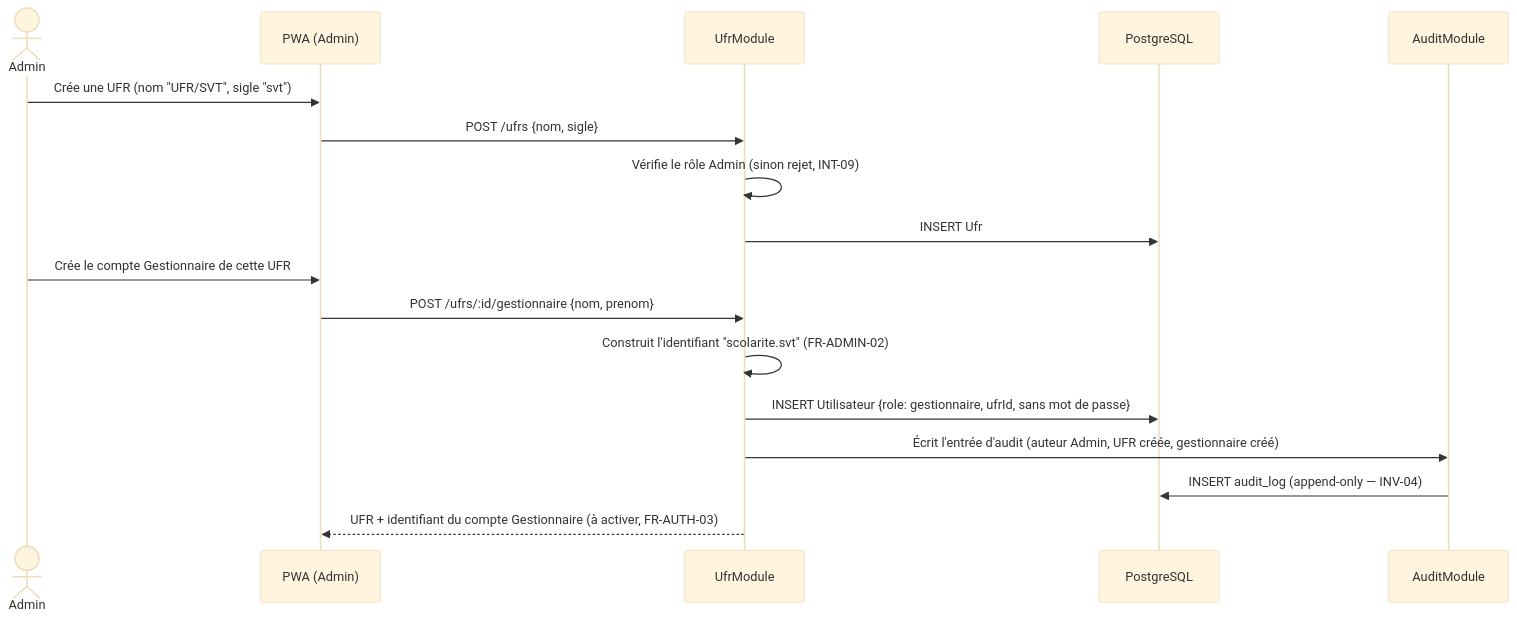
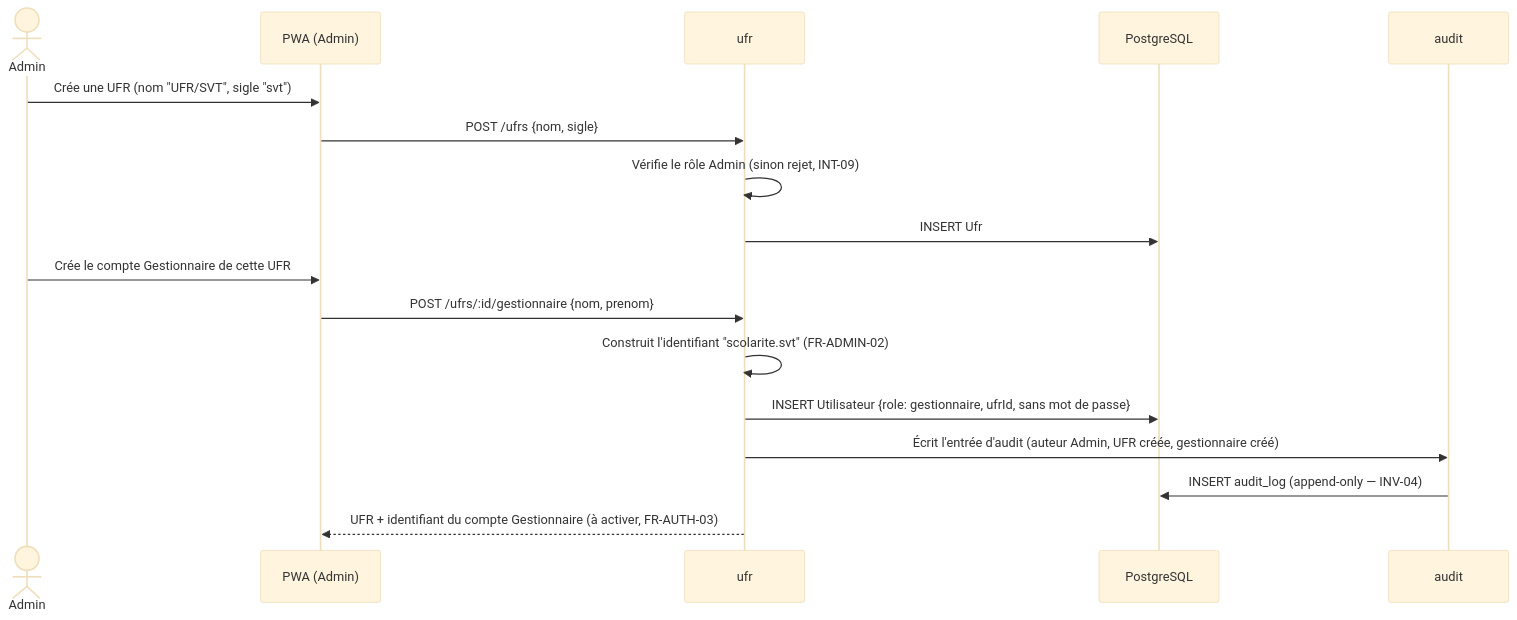
Before and after one commit to Kevin23phx/Gestionnaire_emploi_de_temps: the fourth of 7 diagrams in docs/05_UML_C4_Campus_Manager.md, drawn with Mermaid (base theme). The commit also changed other lines of this file and 59 other files, not shown here.

````diff
--- a/docs/05_UML_C4_Campus_Manager.md
+++ b/docs/05_UML_C4_Campus_Manager.md
@@ -138,20 +155,20 @@
 ```mermaid
 sequenceDiagram
     actor Ad as Admin
     participant UI as PWA (Admin)
-    participant UM as UfrModule
+    participant UM as ufr
     participant DB as PostgreSQL
-    participant AU as AuditModule
+    participant AU as audit
 
     Ad->>UI: Crée une UFR (nom "UFR/SVT", sigle "svt")
     UI->>UM: POST /ufrs {nom, sigle}
     UM->>UM: Vérifie le rôle Admin (sinon rejet, INT-09)
     UM->>DB: INSERT Ufr
     Ad->>UI: Crée le compte Gestionnaire de cette UFR
     UI->>UM: POST /ufrs/:id/gestionnaire {nom, prenom}
     UM->>UM: Construit l'identifiant "scolarite.svt" (FR-ADMIN-02)
     UM->>DB: INSERT Utilisateur {role: gestionnaire, ufrId, sans mot de passe}
     UM->>AU: Écrit l'entrée d'audit (auteur Admin, UFR créée, gestionnaire créé)
     AU->>DB: INSERT audit_log (append-only — INV-04)
     UM-->>UI: UFR + identifiant du compte Gestionnaire (à activer, FR-AUTH-03)
 ```
````
